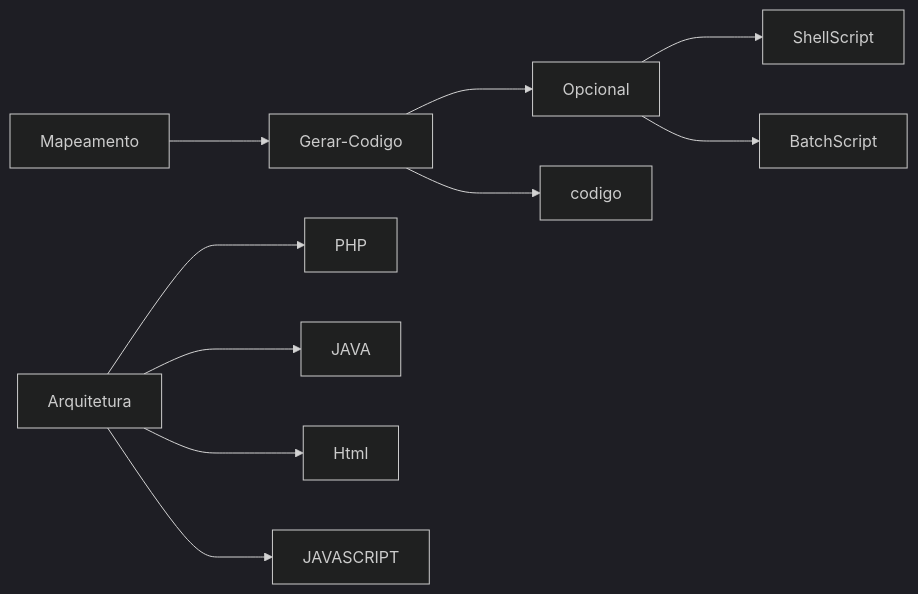
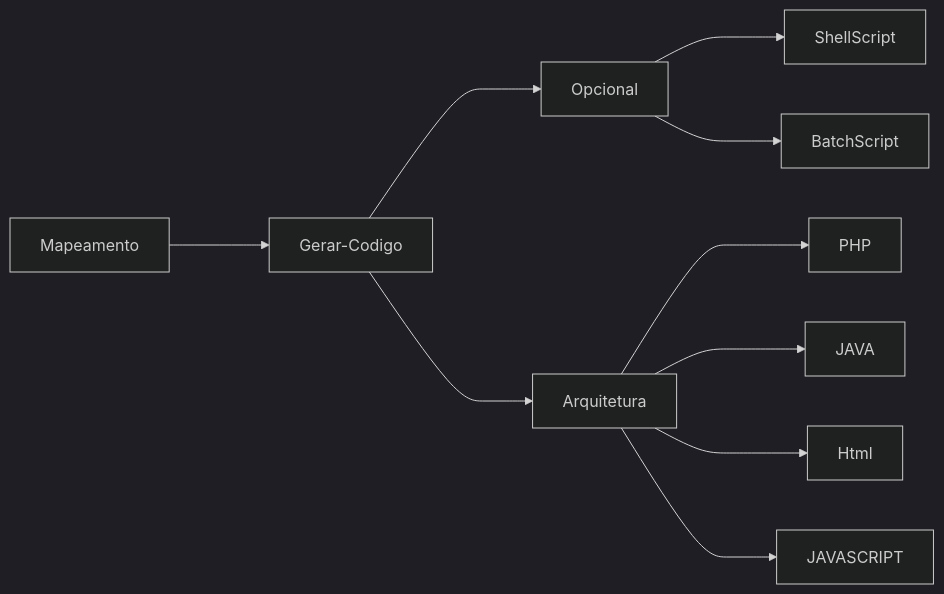
Before and after one commit to HamiltonVentura/MapperIdea-PHP: the diagram in README.md, drawn with Mermaid (dark theme).

````diff
--- a/README.md
+++ b/README.md
@@ -33,12 +33,12 @@
 ```mermaid
 flowchart LR
     Mapeamento ---> Gerar-Codigo ---> Opcional ---> ShellScript;
     Opcional ---> BatchScript;
-     Gerar-Codigo ---> codigo;
+     Gerar-Codigo ---> Arquitetura;
 
     Arquitetura --->PHP;
     Arquitetura --->JAVA;
     Arquitetura --->Html;
     Arquitetura --->JAVASCRIPT
      
 ```
````
